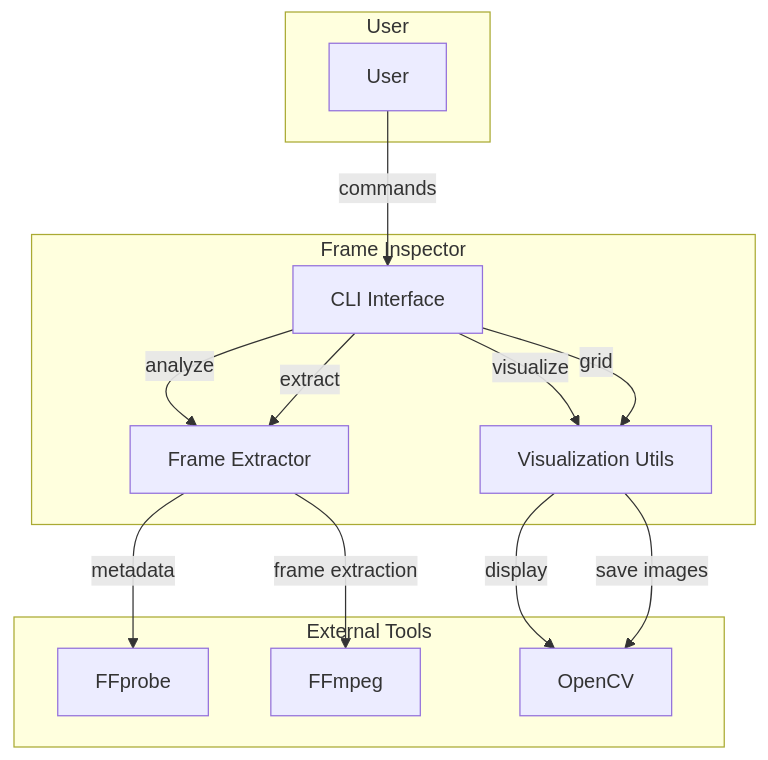
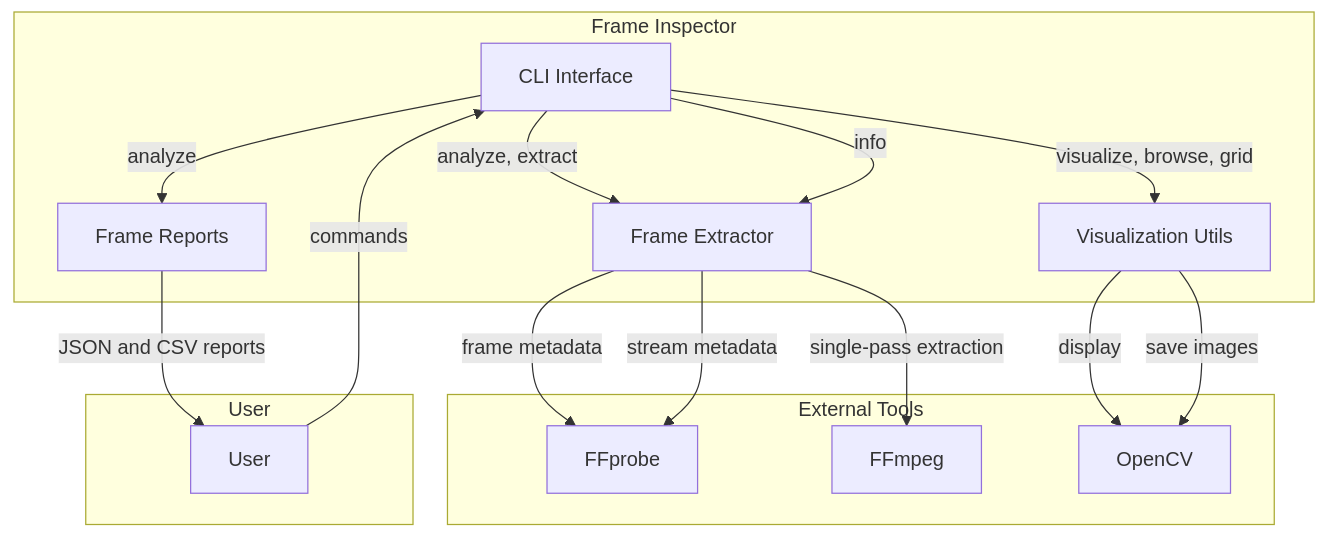
One commit to ashishsaud2025/frame-inspector changed the first of 5 diagrams in architecture.md. Above: the diagram before and after it, drawn with Mermaid. The commit also changed other lines of this file and 1 other file, not shown here.

Commit message:
update documentation and architecture diagrams

````diff
--- a/architecture.md
+++ b/architecture.md
@@ -5,29 +5,32 @@
 ```mermaid
 graph TB
     subgraph "Frame Inspector"
         CLI[CLI Interface]
         EXT[Frame Extractor]
+        REP[Frame Reports]
         VIS[Visualization Utils]
     end
     
     subgraph "External Tools"
         FFPROBE[FFprobe]
         FFMPEG[FFmpeg]
         OPENCV[OpenCV]
     end
     
     subgraph "User"
         USER[User]
     end
     
     USER -->|commands| CLI
-    CLI -->|analyze| EXT
-    CLI -->|extract| EXT
-    CLI -->|visualize| VIS
-    CLI -->|grid| VIS
+    CLI -->|analyze, extract| EXT
+    CLI -->|analyze| REP
+    CLI -->|visualize, browse, grid| VIS
+    CLI -->|info| EXT
     
-    EXT -->|metadata| FFPROBE
-    EXT -->|frame extraction| FFMPEG
+    EXT -->|frame metadata| FFPROBE
+    EXT -->|stream metadata| FFPROBE
+    EXT -->|single-pass extraction| FFMPEG
+    REP -->|JSON and CSV reports| USER
     VIS -->|display| OPENCV
     VIS -->|save images| OPENCV
 ```
````
